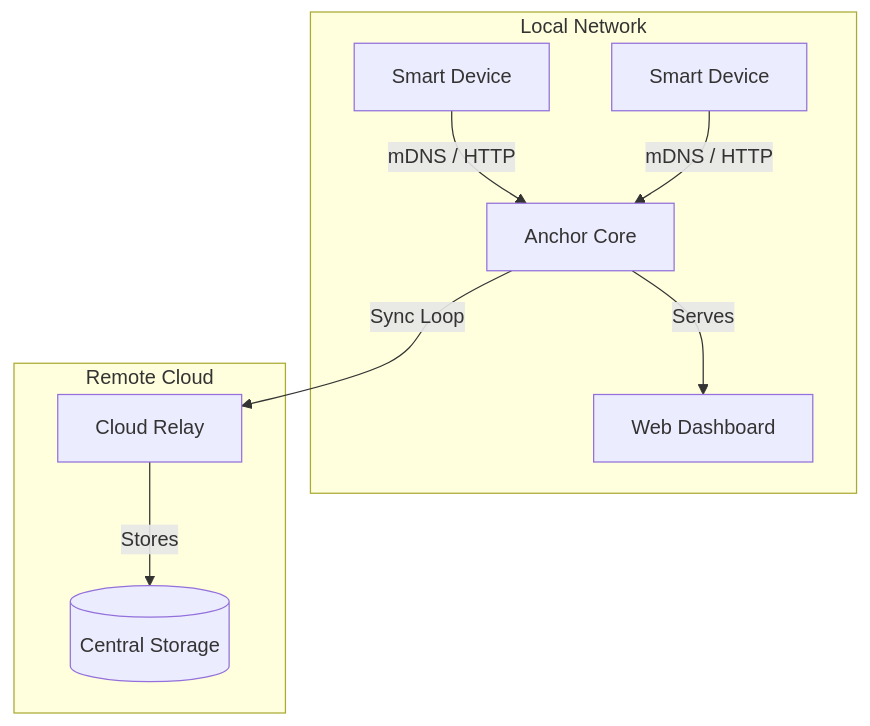
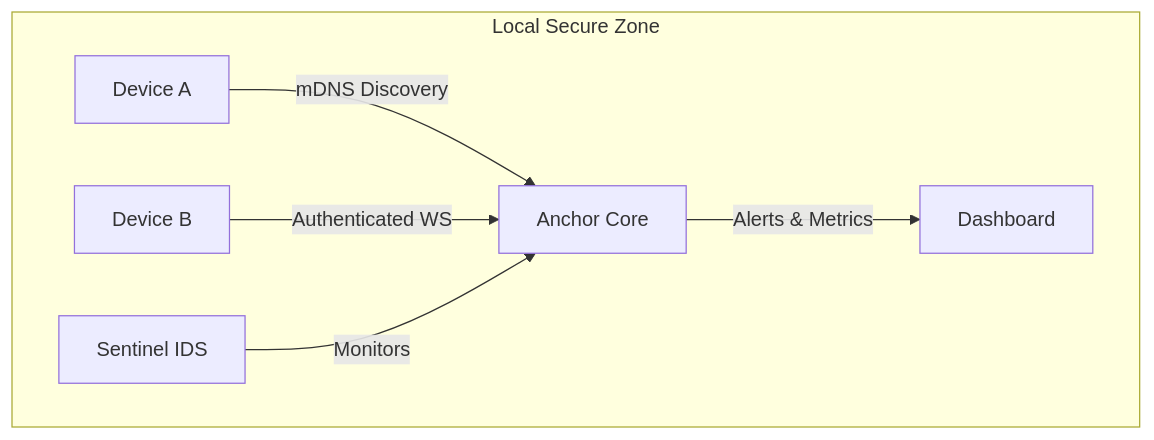
Before and after one commit to jABurat23/anchor: the diagram in README.md, drawn with Mermaid. The commit also changed other lines of this file and 18 other files, not shown here.

````diff
--- a/README.md
+++ b/README.md
@@ -15,14 +37,9 @@
 ```mermaid
 graph TD
-    subgraph "Local Network"
-        D1[Smart Device] -- mDNS / HTTP --> AC[Anchor Core]
-        D2[Smart Device] -- mDNS / HTTP --> AC
-        AC -- Serves --> Dashboard[Web Dashboard]
-    end
-
-    AC -- Sync Loop --> CR[Cloud Relay]
-
-    subgraph "Remote Cloud"
-        CR -- Stores --> DB[(Central Storage)]
+    subgraph "Local Secure Zone"
+        D1[Device A] -- mDNS Discovery --> Core[Anchor Core]
+        D2[Device B] -- Authenticated WS --> Core
+        Core -- Alerts & Metrics --> Dash[Dashboard]
+        Sentinel[Sentinel IDS] -- Monitors --> Core
     end
 ```
````
